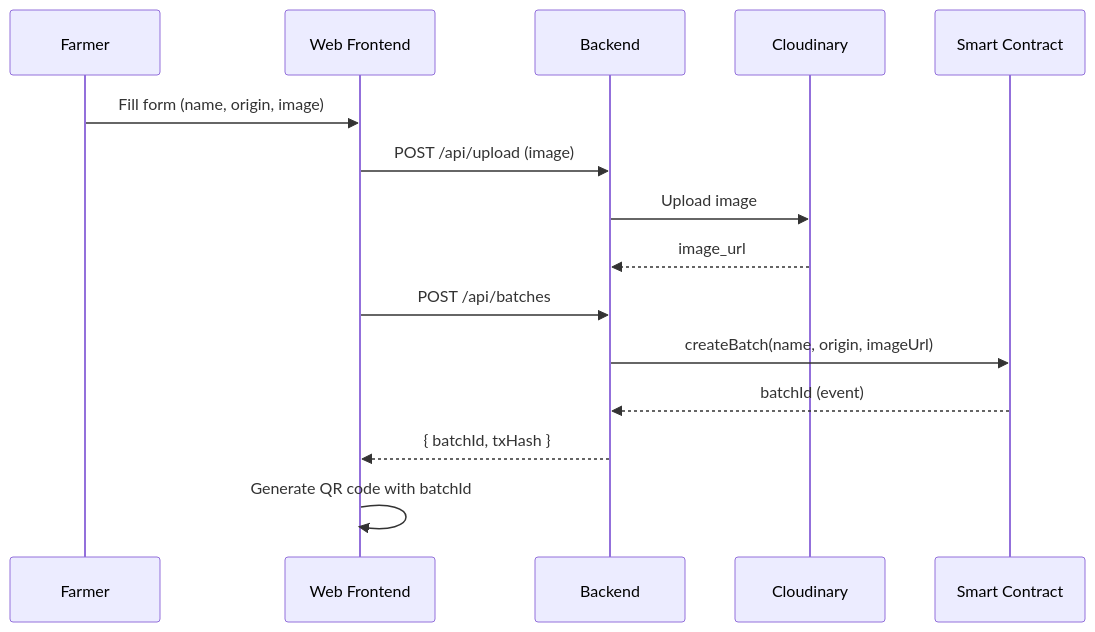
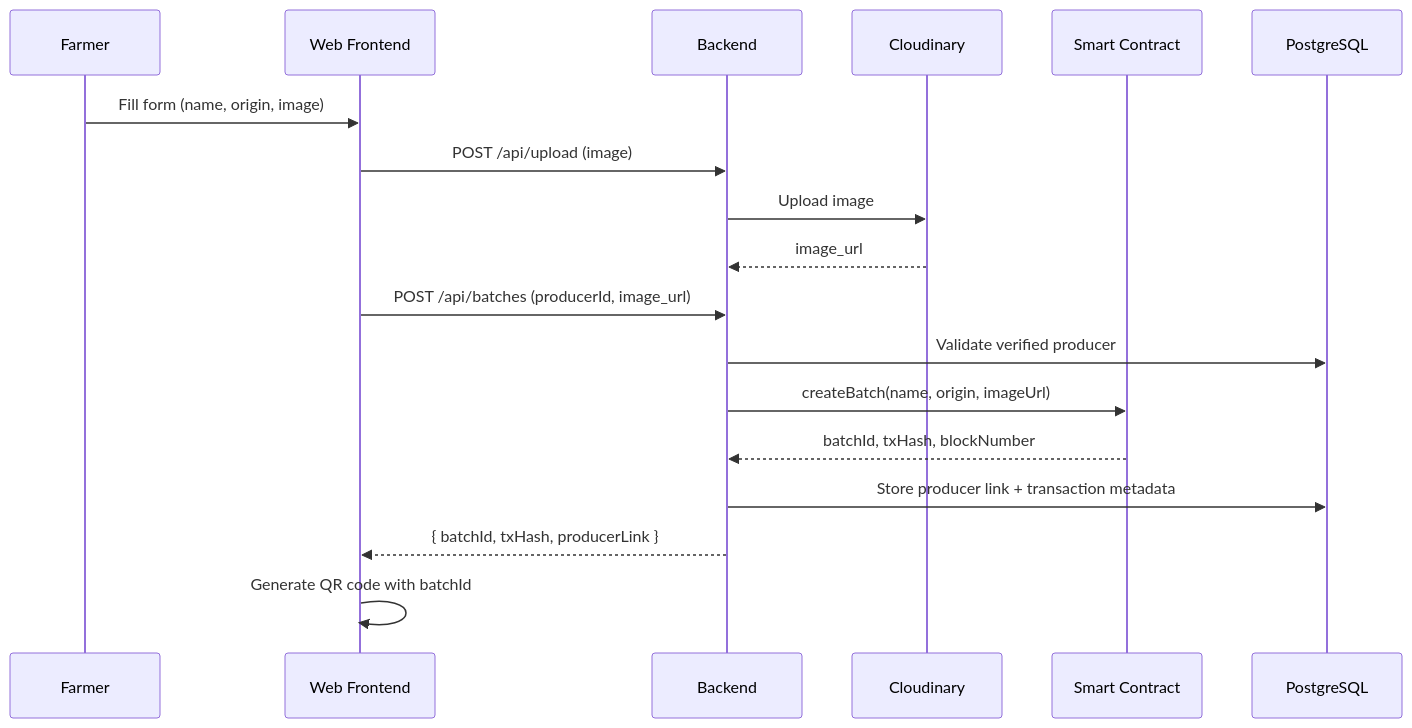
Before and after one commit to xuanhai0913/agri-traceability-system: the second of 2 diagrams in README.md, drawn with Mermaid. The commit also changed other lines of this file and 2 other files, not shown here.

````diff
--- a/README.md
+++ b/README.md
@@ -137,18 +164,21 @@
 ```mermaid
 sequenceDiagram
     participant F as Farmer
     participant W as Web Frontend
     participant B as Backend
     participant C as Cloudinary
     participant S as Smart Contract
+    participant D as PostgreSQL
 
     F->>W: Fill form (name, origin, image)
     W->>B: POST /api/upload (image)
     B->>C: Upload image
     C-->>B: image_url
-    W->>B: POST /api/batches
+    W->>B: POST /api/batches (producerId, image_url)
+    B->>D: Validate verified producer
     B->>S: createBatch(name, origin, imageUrl)
-    S-->>B: batchId (event)
-    B-->>W: { batchId, txHash }
+    S-->>B: batchId, txHash, blockNumber
+    B->>D: Store producer link + transaction metadata
+    B-->>W: { batchId, txHash, producerLink }
     W->>W: Generate QR code with batchId
 ```
````
